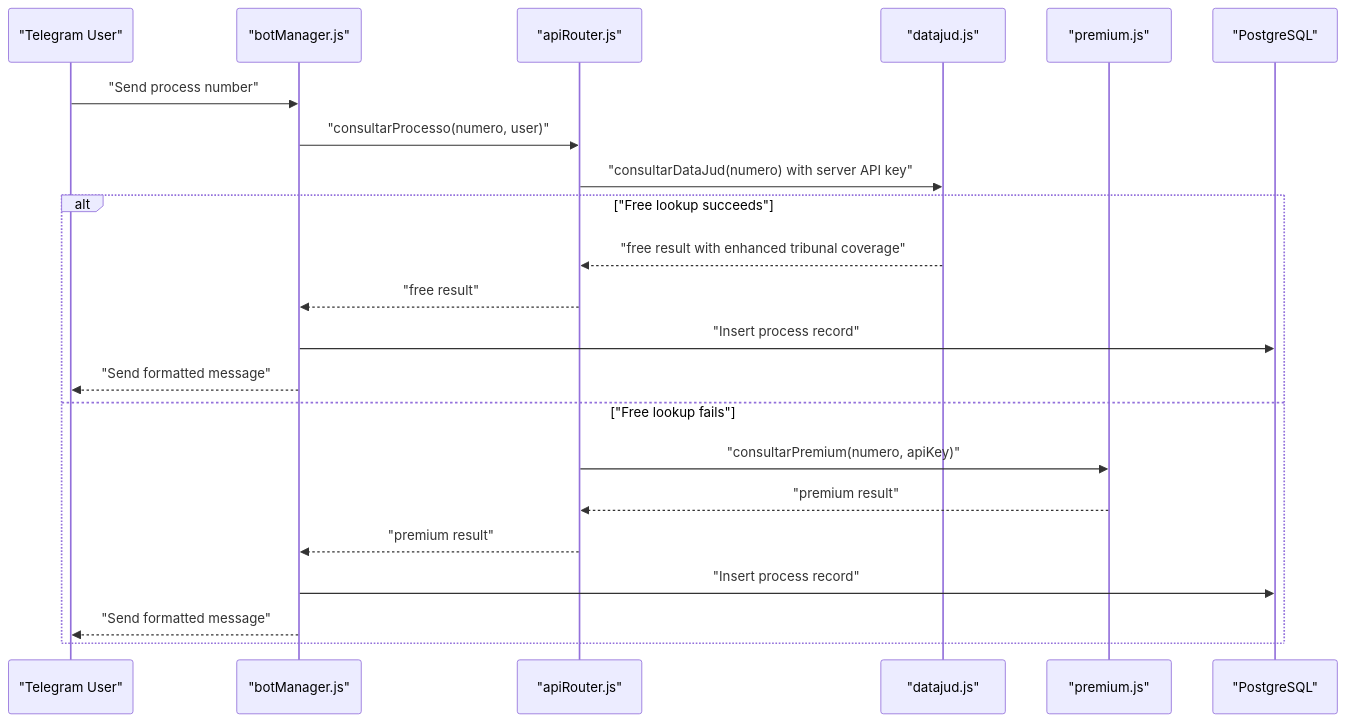
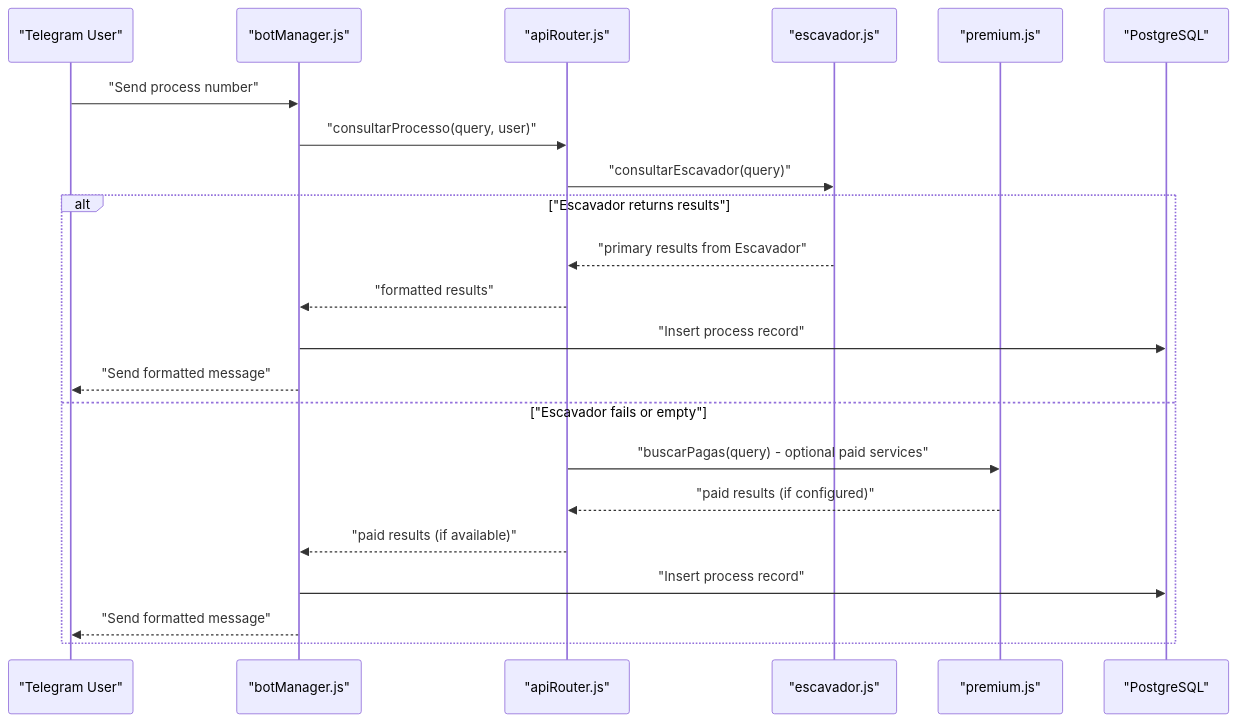
One commit to Alexandrexicara/bot-processos changed the second of 4 diagrams in .qoder/repowiki/en/content/API Integration Layer/DataJud Free Service Integration.md. Above: the diagram before and after it, drawn with Mermaid. The commit also changed other lines of this file and 6 other files, not shown here.

````diff
--- a/.qoder/repowiki/en/content/API Integration Layer/DataJud Free Service Integration.md
+++ b/.qoder/repowiki/en/content/API Integration Layer/DataJud Free Service Integration.md
@@ -145,24 +141,24 @@
 ```mermaid
 sequenceDiagram
 participant U as "Telegram User"
 participant BM as "botManager.js"
 participant R as "apiRouter.js"
-participant D as "datajud.js"
+participant E as "escavador.js"
 participant P as "premium.js"
 participant DB as "PostgreSQL"
 U->>BM : "Send process number"
-BM->>R : "consultarProcesso(numero, user)"
-R->>D : "consultarDataJud(numero) with server API key"
-alt "Free lookup succeeds"
-D-->>R : "free result with enhanced tribunal coverage"
-R-->>BM : "free result"
+BM->>R : "consultarProcesso(query, user)"
+R->>E : "consultarEscavador(query)"
+alt "Escavador returns results"
+E-->>R : "primary results from Escavador"
+R-->>BM : "formatted results"
 BM->>DB : "Insert process record"
 BM-->>U : "Send formatted message"
-else "Free lookup fails"
-R->>P : "consultarPremium(numero, apiKey)"
-P-->>R : "premium result"
-R-->>BM : "premium result"
+else "Escavador fails or empty"
+R->>P : "buscarPagas(query) - optional paid services"
+P-->>R : "paid results (if configured)"
+R-->>BM : "paid results (if available)"
 BM->>DB : "Insert process record"
 BM-->>U : "Send formatted message"
 end
 ```
````
